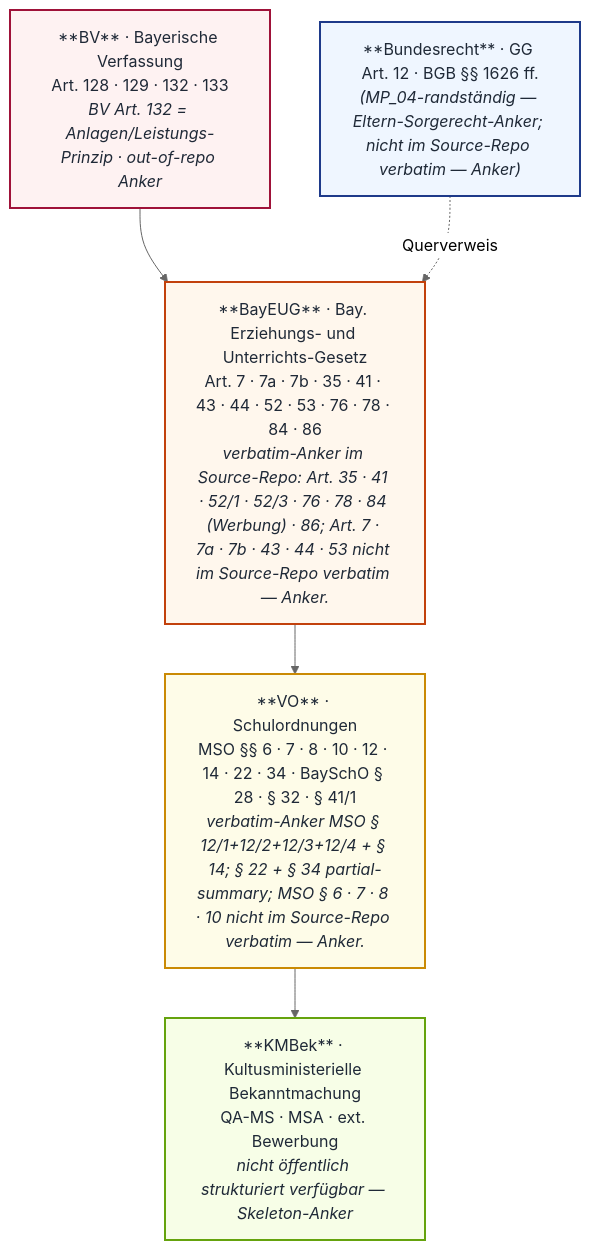
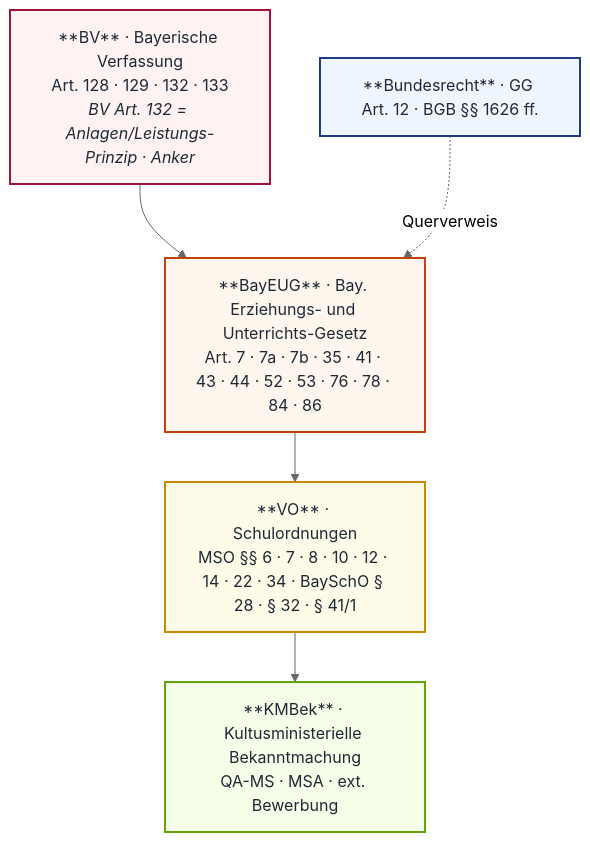
The first of 2 diagrams in _mkdocs/docs/mp04/index.md (snflsknfkldnfs/weitergehts-online), drawn with Mermaid (neutral theme) before and after one commit. The commit also changed other lines of this file and 27 other files, not shown here.

````diff
--- a/_mkdocs/docs/mp04/index.md
+++ b/_mkdocs/docs/mp04/index.md
@@ -11,17 +11,17 @@
 ```mermaid
 flowchart TB
-    BV["**BV** · Bayerische Verfassung<br/>Art. 128 · 129 · 132 · 133<br/><i>BV Art. 132 = Anlagen/Leistungs-Prinzip · out-of-repo Anker</i>"]:::bv
-    BAY["**BayEUG** · Bay. Erziehungs- und Unterrichts-Gesetz<br/>Art. 7 · 7a · 7b · 35 · 41 · 43 · 44 · 52 · 53 · 76 · 78 · 84 · 86<br/><i>verbatim-Anker im Source-Repo: Art. 35 · 41 · 52/1 · 52/3 · 76 · 78 · 84 (Werbung) · 86; Art. 7 · 7a · 7b · 43 · 44 · 53 nicht im Source-Repo verbatim — Anker.</i>"]:::bay
-    VO["**VO** · Schulordnungen<br/>MSO §§ 6 · 7 · 8 · 10 · 12 · 14 · 22 · 34 · BaySchO § 28 · § 32 · § 41/1<br/><i>verbatim-Anker MSO § 12/1+12/2+12/3+12/4 + § 14; § 22 + § 34 partial-summary; MSO § 6 · 7 · 8 · 10 nicht im Source-Repo verbatim — Anker.</i>"]:::vo
-    KM["**KMBek** · Kultusministerielle Bekanntmachung<br/>QA-MS · MSA · ext. Bewerbung<br/><i>nicht öffentlich strukturiert verfügbar — Skeleton-Anker</i>"]:::km
-    BU["**Bundesrecht** · GG Art. 12 · BGB §§ 1626 ff.<br/><i>(MP_04-randständig — Eltern-Sorgerecht-Anker; nicht im Source-Repo verbatim — Anker)</i>"]:::bu
+ BV["**BV** · Bayerische Verfassung<br/>Art. 128 · 129 · 132 · 133<br/><i>BV Art. 132 = Anlagen/Leistungs-Prinzip · Anker</i>"]:::bv
+ BAY["**BayEUG** · Bay. Erziehungs- und Unterrichts-Gesetz<br/>Art. 7 · 7a · 7b · 35 · 41 · 43 · 44 · 52 · 53 · 76 · 78 · 84 · 86"]:::bay
+ VO["**VO** · Schulordnungen<br/>MSO §§ 6 · 7 · 8 · 10 · 12 · 14 · 22 · 34 · BaySchO § 28 · § 32 · § 41/1"]:::vo
+ KM["**KMBek** · Kultusministerielle Bekanntmachung<br/>QA-MS · MSA · ext. Bewerbung<br/>"]:::km
+ BU["**Bundesrecht** · GG Art. 12 · BGB §§ 1626 ff."]:::bu
 
-    BV --> BAY --> VO --> KM
-    BU -.Querverweis.-> BAY
+ BV --> BAY --> VO --> KM
+ BU -.Querverweis.-> BAY
 
-    classDef bv fill:#fef2f2,stroke:#9f1239,stroke-width:2px,color:#1f2937
-    classDef bay fill:#fff7ed,stroke:#c2410c,stroke-width:2px,color:#1f2937
-    classDef vo fill:#fefce8,stroke:#ca8a04,stroke-width:2px,color:#1f2937
-    classDef km fill:#f7fee7,stroke:#65a30d,stroke-width:2px,color:#1f2937
-    classDef bu fill:#eff6ff,stroke:#1e3a8a,stroke-width:2px,color:#1f2937
+ classDef bv fill:#fef2f2,stroke:#9f1239,stroke-width:2px,color:#1f2937
+ classDef bay fill:#fff7ed,stroke:#c2410c,stroke-width:2px,color:#1f2937
+ classDef vo fill:#fefce8,stroke:#ca8a04,stroke-width:2px,color:#1f2937
+ classDef km fill:#f7fee7,stroke:#65a30d,stroke-width:2px,color:#1f2937
+ classDef bu fill:#eff6ff,stroke:#1e3a8a,stroke-width:2px,color:#1f2937
 ```
````
